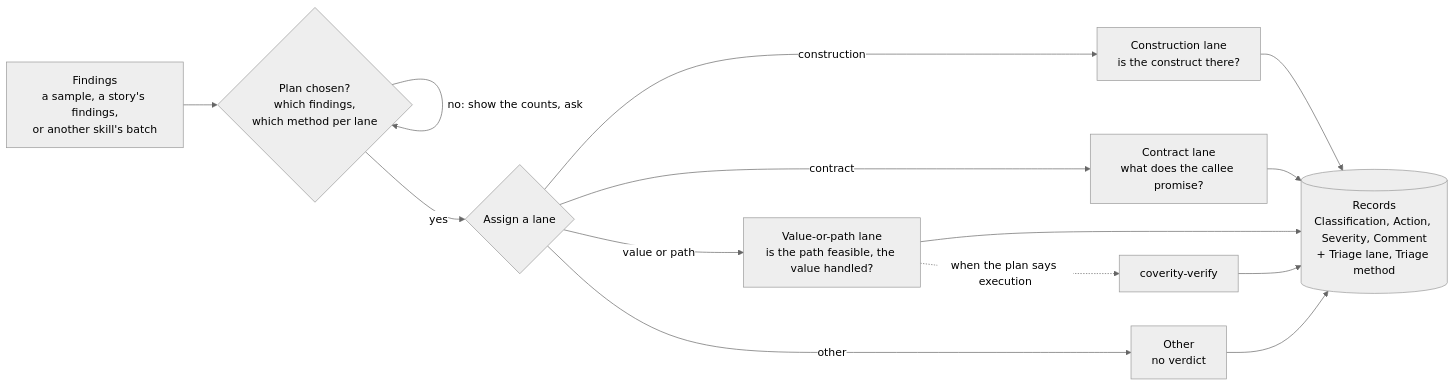
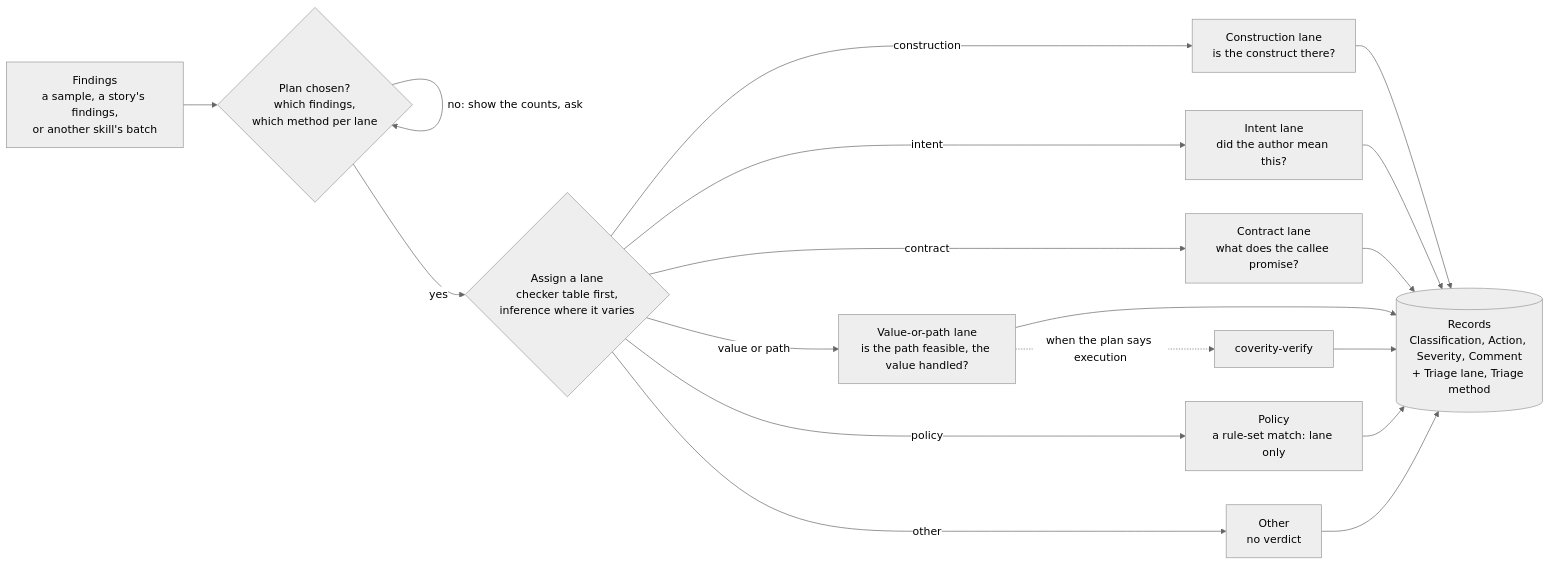
One commit to edtice-goog/CoveritySkills changed the third of 7 diagrams in USE-CASES.md. Above: the diagram before and after it, drawn with Mermaid (neutral theme). The commit also changed other lines of this file and 1 other file, not shown here.

First line of the commit message:
USE-CASES, README: triage runs in six lanes

````diff
--- a/USE-CASES.md
+++ b/USE-CASES.md
@@ -79,13 +79,15 @@
 ```mermaid
 flowchart LR
     IN["Findings<br/>a sample, a story's findings,<br/>or another skill's batch"] --> P{"Plan chosen?<br/>which findings,<br/>which method per lane"}
     P -->|"no: show the counts, ask"| P
-    P -->|"yes"| A{"Assign a lane"}
+    P -->|"yes"| A{"Assign a lane<br/>checker table first,<br/>inference where it varies"}
     A -->|"construction"| L1["Construction lane<br/>is the construct there?"]
+    A -->|"intent"| LI["Intent lane<br/>did the author mean this?"]
     A -->|"contract"| L2["Contract lane<br/>what does the callee promise?"]
     A -->|"value or path"| L3["Value-or-path lane<br/>is the path feasible, the value handled?"]
+    A -->|"policy"| PO["Policy<br/>a rule-set match: lane only"]
     A -->|"other"| O["Other<br/>no verdict"]
     L3 -.->|"when the plan says execution"| VE["coverity-verify"]
-    L1 & L2 & L3 & VE --> R[("Records<br/>Classification, Action, Severity, Comment<br/>+ Triage lane, Triage method")]
-    O --> R
+    L1 & LI & L2 & L3 & VE --> R[("Records<br/>Classification, Action, Severity, Comment<br/>+ Triage lane, Triage method")]
+    PO & O --> R
 ```
````
